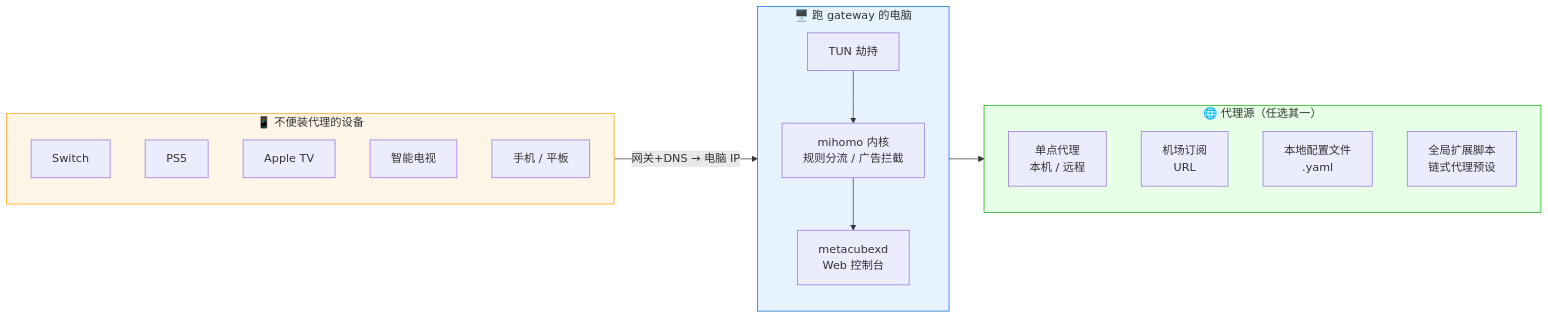
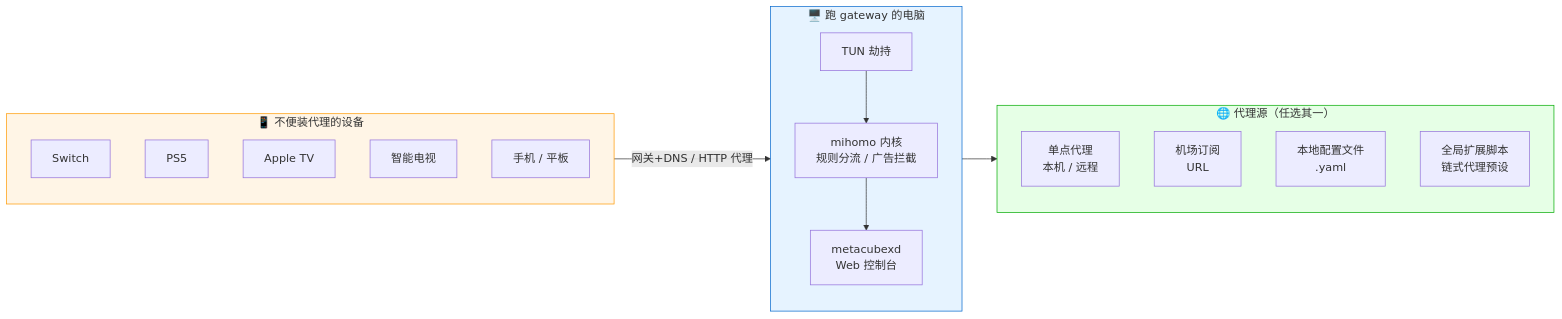
The diagram in README.md (achieve-jsy/lan-proxy-gateway), drawn with Mermaid before and after one commit. The commit also changed other lines of this file and 3 other files, not shown here.

First line of the commit message:
docs: split README (528 → 186 lines); move detail to docs/{device-setup,scenarios,architecture}.md

````diff
--- a/README.md
+++ b/README.md
@@ -81,33 +102,33 @@
 ```mermaid
 flowchart LR
     subgraph Devices["📱 不便装代理的设备"]
         S[Switch]
         P[PS5]
         T[Apple TV]
         TV[智能电视]
         M[手机 / 平板]
     end
 
     subgraph Host["🖥️ 跑 gateway 的电脑"]
         direction TB
         TUN[TUN 劫持]
         MH[mihomo 内核<br/>规则分流 / 广告拦截]
         UI[metacubexd<br/>Web 控制台]
         TUN --> MH
         MH --> UI
     end
 
     subgraph Sources["🌐 代理源（任选其一）"]
         E1[单点代理<br/>本机 / 远程]
         SUB[机场订阅<br/>URL]
         F[本地配置文件<br/>.yaml]
         SCR[全局扩展脚本<br/>链式代理预设]
     end
 
-    Devices -- "网关+DNS → 电脑 IP" --> Host
+    Devices -- "网关+DNS / HTTP 代理" --> Host
     Host --> Sources
 
     style Devices fill:#fff5e6,stroke:#ff9900
     style Host fill:#e6f3ff,stroke:#0066cc
     style Sources fill:#e6ffe6,stroke:#00aa00
 ```
````
